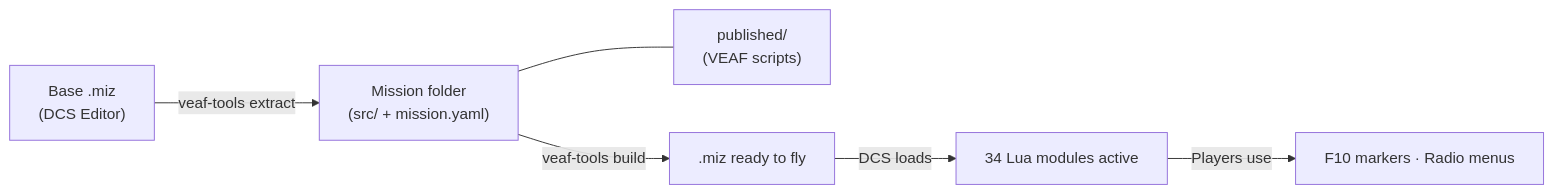
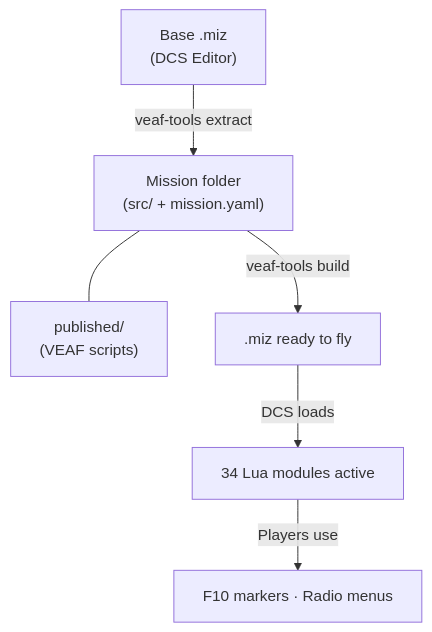
One commit to VEAF/VEAF-Mission-Creation-Tools changed the diagram in doc/index.md. Above: the diagram before and after it, drawn with Mermaid. The commit also changed other lines of this file and 8 other files, not shown here.

````diff
--- a/doc/index.md
+++ b/doc/index.md
@@ -19,8 +21,8 @@
 ```mermaid
-flowchart LR
+flowchart TD
     A["Base .miz\n(DCS Editor)"] -->|veaf-tools extract| B["Mission folder\n(src/ + mission.yaml)"]
     B --- C["published/\n(VEAF scripts)"]
     B -->|veaf-tools build| D[".miz ready to fly"]
     D -->|DCS loads| E["34 Lua modules active"]
     E -->|Players use| F["F10 markers · Radio menus"]
 ```
````
